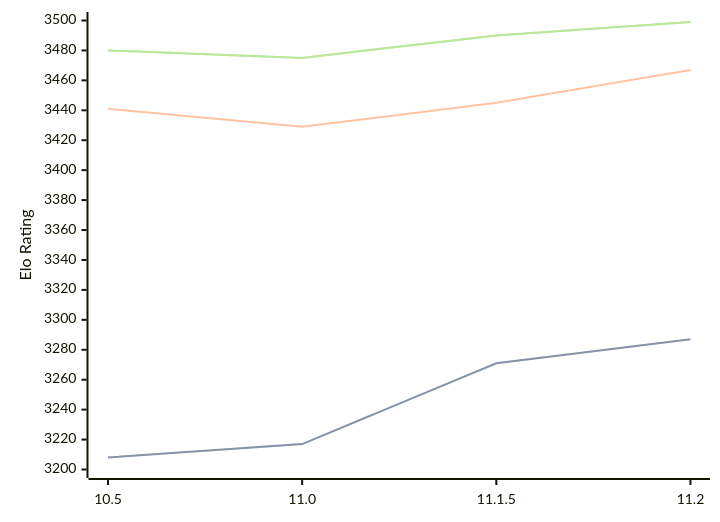
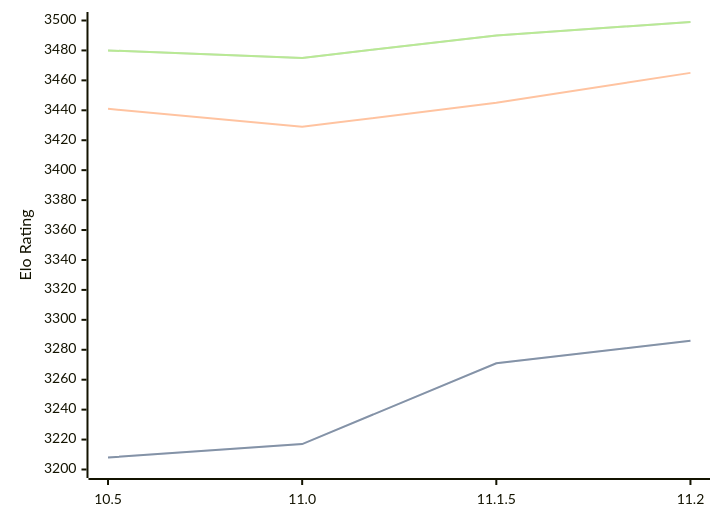
The third of 3 diagrams in engines/Lizard.md (computer-chess-index/cci), drawn with Mermaid before and after one commit. The commit also changed other lines of this file, not shown here.

````diff
--- a/engines/Lizard.md
+++ b/engines/Lizard.md
@@ -79,11 +79,11 @@
 ```mermaid
 %%{init: {"theme":"base","themeVariables":{"seriesColors:['#a3a3a3','#222221','#faa371']}}}%%
 xychart-beta
   x-axis ["10.5", "11.0", "11.1.5", "11.2"]
   y-axis "Elo Rating" 3200 --> 3500
-  line "STC (8.0+0.08s)" [3208, 3217, 3271, 3287]
-  line "STC (8.0+0.08s)" [3208, 3217, 3271, 3287]
-  line "LTC (60.0+0.60s)" [3441, 3429, 3445, 3467]
+  line "STC (8.0+0.08s)" [3208, 3217, 3271, 3286]
+  line "STC (8.0+0.08s)" [3208, 3217, 3271, 3286]
+  line "LTC (60.0+0.60s)" [3441, 3429, 3445, 3465]
   line "VLTC (2m24s+1.12s)" [3480, 3475, 3490, 3499]
   line "VLTC (2m24s+1.12s)" [3480, 3475, 3490, 3499]
 ```
````
